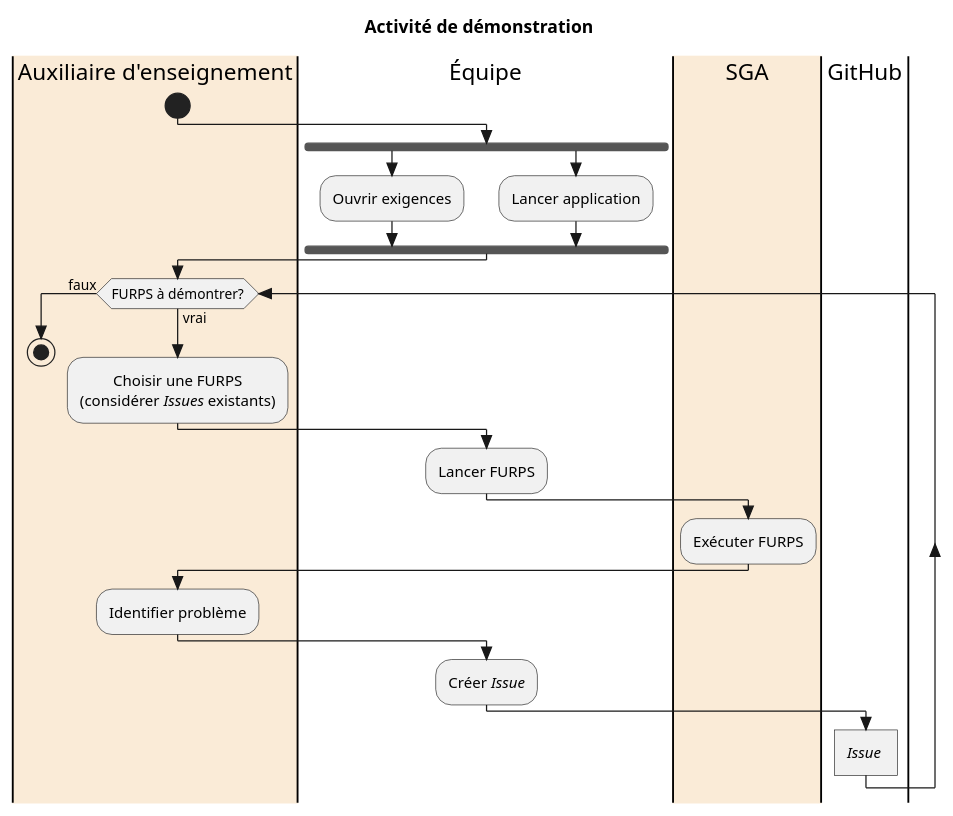
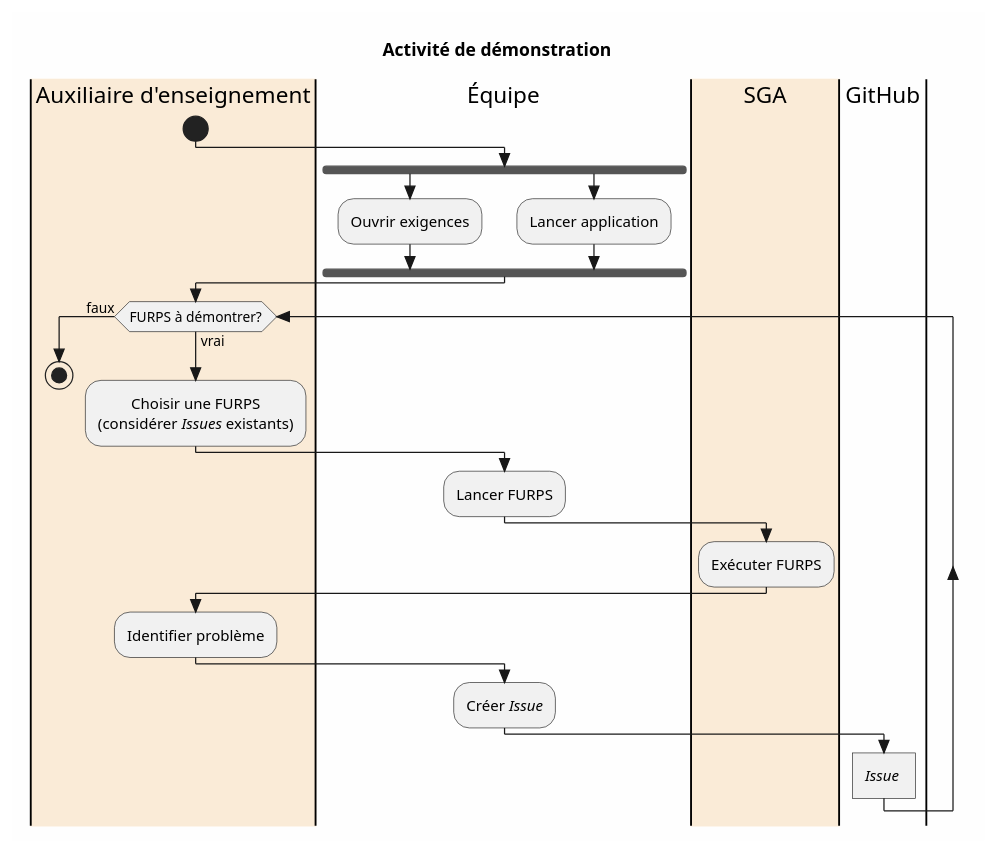
The first of 6 diagrams in README.puml (profcfuhrmanets/log210-enonce-lab1), drawn with PlantUML before and after one commit. The commit also changed other lines of this file and 2 other files, not shown here.

Commit message:
fond #fefefe (test)

```diff
--- a/README.puml
+++ b/README.puml
@@ -1,31 +1,31 @@
 @startuml activite-demonstration
 title Activité de démonstration
 skinparam style strictuml
 skinparam DefaultTextAlignment center
-skinparam BackgroundColor White
+skinparam BackgroundColor #fefefe
 |#AntiqueWhite|Auxiliaire d'enseignement|
 start
 |Équipe|
 fork
 :Ouvrir exigences;
 fork again
 :Lancer application;
 end fork
 |Auxiliaire d'enseignement|
 while (FURPS à démontrer?) is (vrai)
 :Choisir une FURPS
 (considérer //Issues// existants);
 |Équipe|
 :Lancer FURPS;
 |#AntiqueWhite|SGA|
 :Exécuter FURPS;
 |Auxiliaire d'enseignement|
 :Identifier problème;
 |Équipe|
 :Créer //Issue//;
 |GitHub|
 ://Issue// ]
 endwhile (faux)
 |Auxiliaire d'enseignement|
 stop
 @enduml
```
